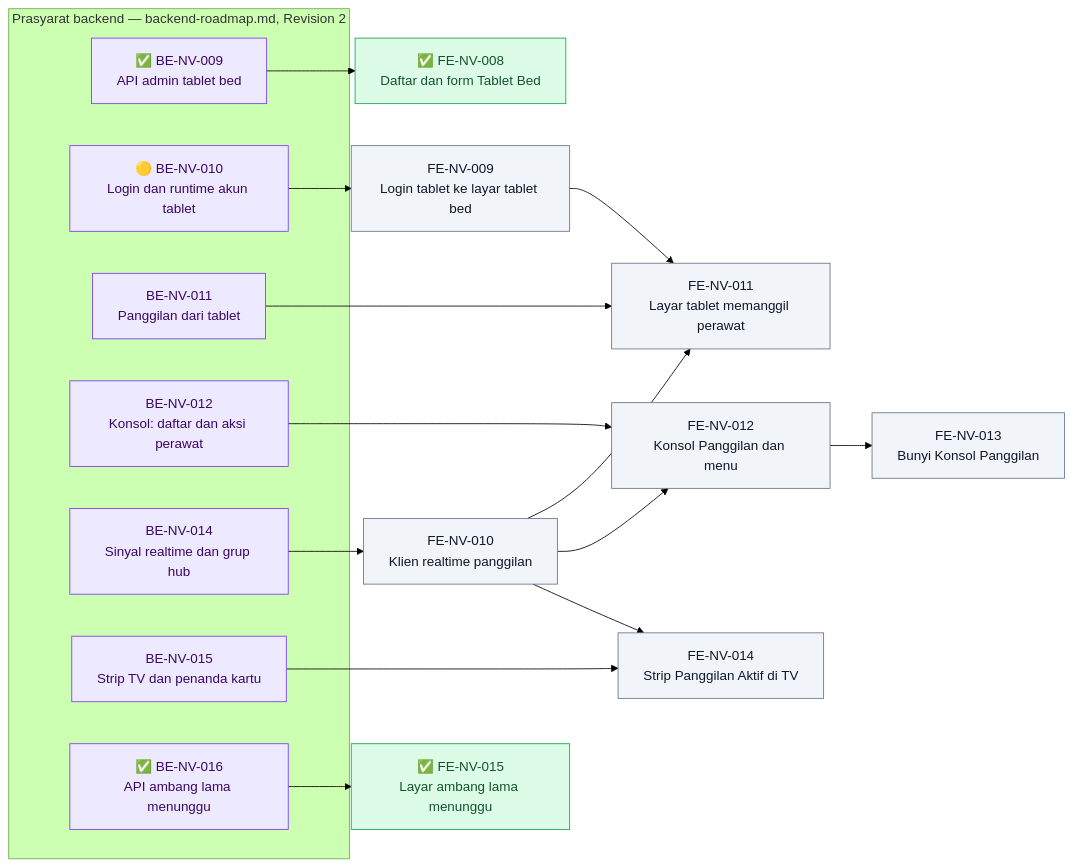
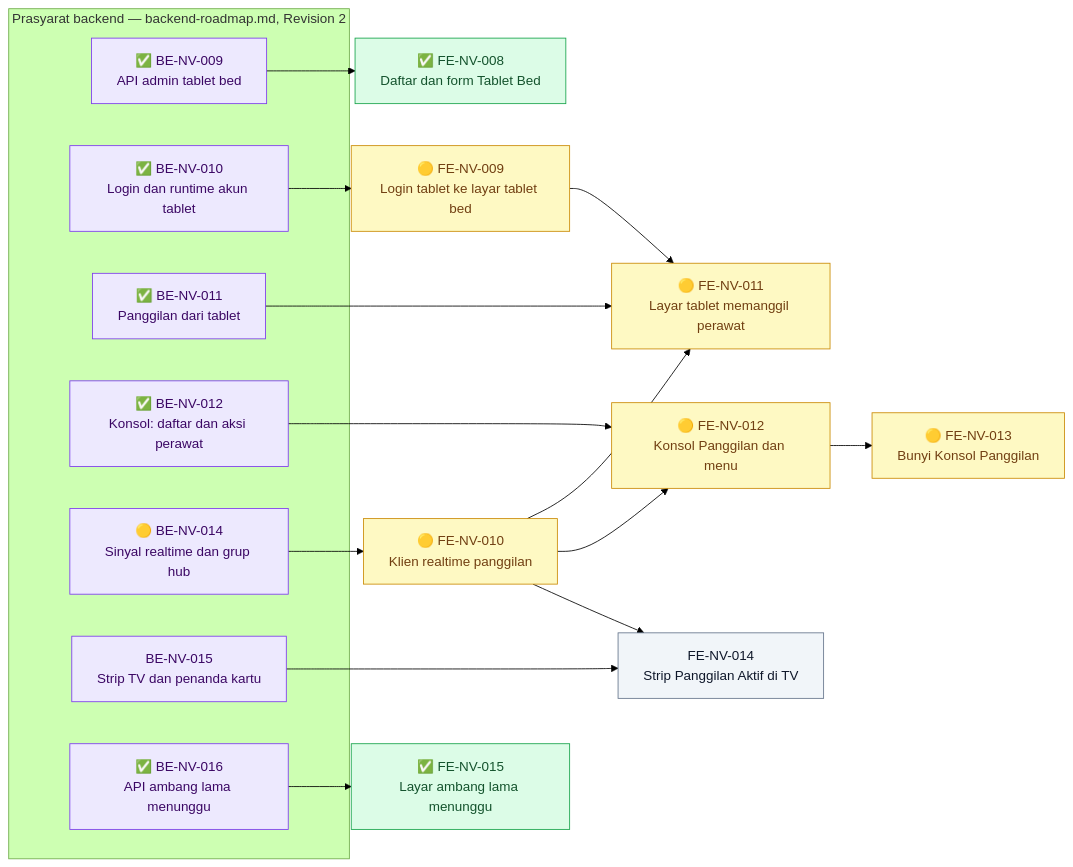
The second of 2 diagrams in docs/module-blueprints/nurse-view/roadmap/frontend-roadmap.md (DevBenari/NewQuilvianSystemBackend), drawn with Mermaid (forest theme) before and after one commit. The commit also changed other lines of this file and 34 other files, not shown here.

Commit message:
update nurse view table perawat dan pasien

````diff
--- a/docs/module-blueprints/nurse-view/roadmap/frontend-roadmap.md
+++ b/docs/module-blueprints/nurse-view/roadmap/frontend-roadmap.md
@@ -192,40 +192,40 @@
 ```mermaid
 flowchart LR
     classDef selesai fill:#DCFCE7,stroke:#16A34A,color:#14532D
     classDef sebagian fill:#FEF9C3,stroke:#CA8A04,color:#713F12
     classDef terblokir fill:#FEE2E2,stroke:#DC2626,color:#7F1D1D
     classDef belum fill:#F1F5F9,stroke:#64748B,color:#0F172A
     classDef luar fill:#EDE9FE,stroke:#7C3AED,color:#3B0764
 
     subgraph backend["Prasyarat backend — backend-roadmap.md, Revision 2"]
         BENV009["✅ BE-NV-009<br/>API admin tablet bed"]:::luar
-        BENV010["🟡 BE-NV-010<br/>Login dan runtime akun tablet"]:::luar
-        BENV011["BE-NV-011<br/>Panggilan dari tablet"]:::luar
-        BENV012["BE-NV-012<br/>Konsol: daftar dan aksi perawat"]:::luar
-        BENV014["BE-NV-014<br/>Sinyal realtime dan grup hub"]:::luar
+        BENV010["✅ BE-NV-010<br/>Login dan runtime akun tablet"]:::luar
+        BENV011["✅ BE-NV-011<br/>Panggilan dari tablet"]:::luar
+        BENV012["✅ BE-NV-012<br/>Konsol: daftar dan aksi perawat"]:::luar
+        BENV014["🟡 BE-NV-014<br/>Sinyal realtime dan grup hub"]:::luar
         BENV015["BE-NV-015<br/>Strip TV dan penanda kartu"]:::luar
         BENV016["✅ BE-NV-016<br/>API ambang lama menunggu"]:::luar
     end
 
     FENV008["✅ FE-NV-008<br/>Daftar dan form Tablet Bed"]:::selesai
-    FENV009["FE-NV-009<br/>Login tablet ke layar tablet bed"]:::belum
-    FENV010["FE-NV-010<br/>Klien realtime panggilan"]:::belum
-    FENV011["FE-NV-011<br/>Layar tablet memanggil perawat"]:::belum
-    FENV012["FE-NV-012<br/>Konsol Panggilan dan menu"]:::belum
-    FENV013["FE-NV-013<br/>Bunyi Konsol Panggilan"]:::belum
+    FENV009["🟡 FE-NV-009<br/>Login tablet ke layar tablet bed"]:::sebagian
+    FENV010["🟡 FE-NV-010<br/>Klien realtime panggilan"]:::sebagian
+    FENV011["🟡 FE-NV-011<br/>Layar tablet memanggil perawat"]:::sebagian
+    FENV012["🟡 FE-NV-012<br/>Konsol Panggilan dan menu"]:::sebagian
+    FENV013["🟡 FE-NV-013<br/>Bunyi Konsol Panggilan"]:::sebagian
     FENV014["FE-NV-014<br/>Strip Panggilan Aktif di TV"]:::belum
     FENV015["✅ FE-NV-015<br/>Layar ambang lama menunggu"]:::selesai
 
     BENV009 --> FENV008
     BENV010 --> FENV009
     BENV014 --> FENV010
     BENV011 --> FENV011
     FENV009 --> FENV011
     FENV010 --> FENV011
     BENV012 --> FENV012
     FENV010 --> FENV012
     FENV012 --> FENV013
     BENV015 --> FENV014
     FENV010 --> FENV014
     BENV016 --> FENV015
 ```
````
